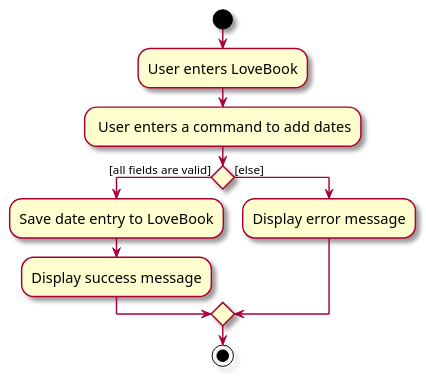
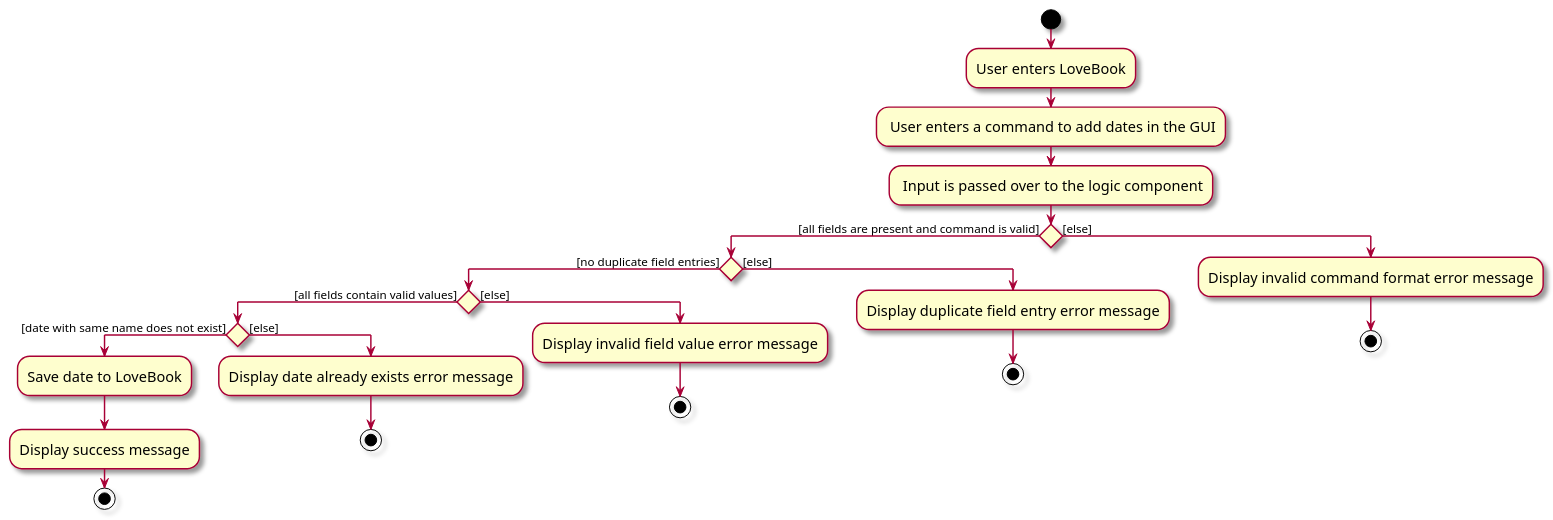
Before and after one commit to AY2324S1-CS2103T-F10-2/tp: the diagram in diagrams/AddActivityDiagram.puml, drawn with PlantUML. The commit also changed 51 other files, not shown here.

```diff
--- a/diagrams/AddActivityDiagram.puml
+++ b/diagrams/AddActivityDiagram.puml
@@ -1,17 +1,35 @@
 @startuml
 skin rose
 skinparam ActivityFontSize 15
 skinparam ArrowFontSize 12
 start
 :User enters LoveBook;
 
-: User enters a command to add dates;
+: User enters a command to add dates in the GUI;
 
-if () then ([all fields are valid])
-    :Save date entry to LoveBook;
-    :Display success message;
+: Input is passed over to the logic component;
+
+if () then ([all fields are present and command is valid])
+    if () then ([no duplicate field entries])
+        if () then ([all fields contain valid values])
+            if () then ([date with same name does not exist])
+                :Save date to LoveBook;
+                :Display success message;
+                stop
+            else ([else])
+                :Display date already exists error message;
+                stop
+            endif
+        else ([else])
+            :Display invalid field value error message;
+            stop
+        endif
+    else ([else])
+        :Display duplicate field entry error message;
+        stop
+    endif
 else ([else])
-    :Display error message;
+    :Display invalid command format error message;
+    stop
 endif
-stop
 @enduml
```
